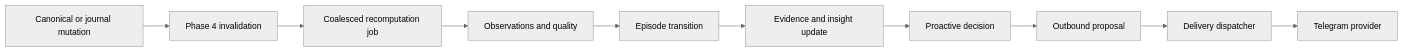
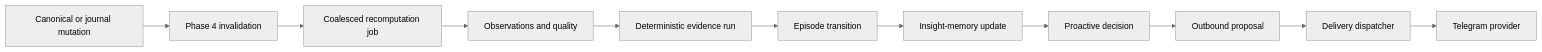
The fourth of 6 diagrams in docs/phase4-architecture.md (enjoyfulwen0204-eng/whoop-briefing), drawn with Mermaid (neutral theme) before and after one commit. The commit also changed other lines of this file, not shown here.

Commit message:
docs: repair phase 4 architecture gate findings

```diff
--- a/docs/phase4-architecture.md
+++ b/docs/phase4-architecture.md
@@ -1165,12 +1342,13 @@
 ~~~mermaid
 flowchart LR
     A[Canonical or journal mutation] --> B[Phase 4 invalidation]
     B --> C[Coalesced recomputation job]
     C --> D[Observations and quality]
-    D --> E[Episode transition]
-    E --> F[Evidence and insight update]
-    F --> G[Proactive decision]
-    G --> H[Outbound proposal]
-    H --> I[Delivery dispatcher]
-    I --> J[Telegram provider]
+    D --> E[Deterministic evidence run]
+    E --> F[Episode transition]
+    F --> G[Insight-memory update]
+    G --> H[Proactive decision]
+    H --> I[Outbound proposal]
+    I --> J[Delivery dispatcher]
+    J --> K[Telegram provider]
 ~~~
```
